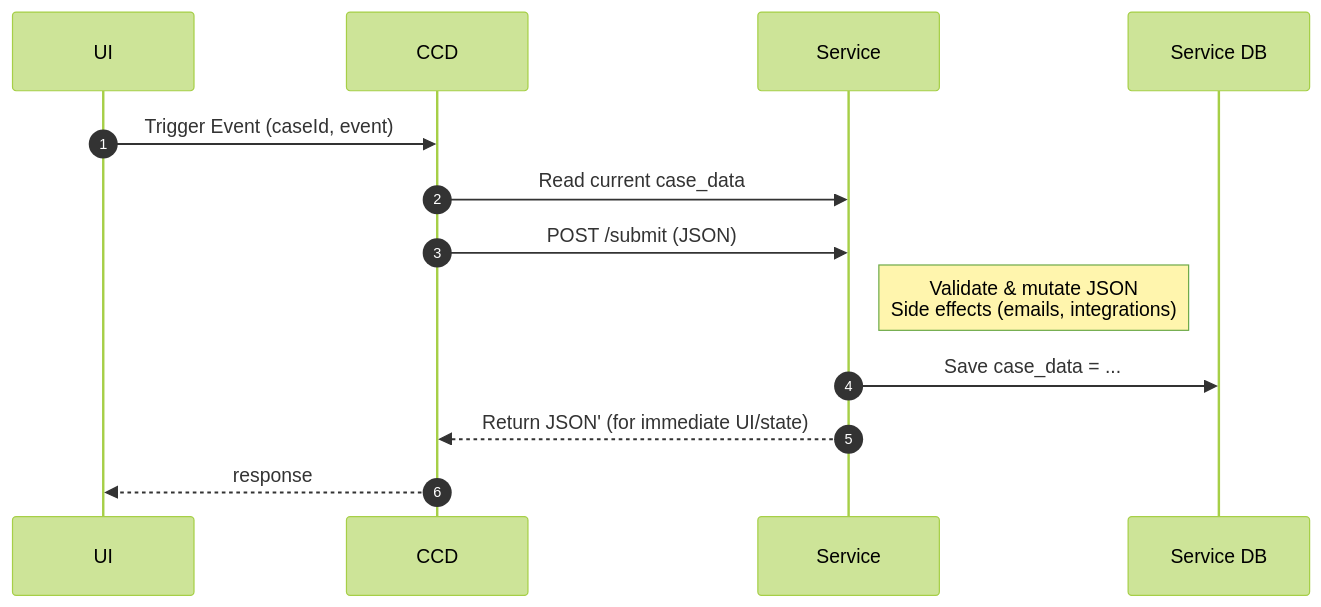
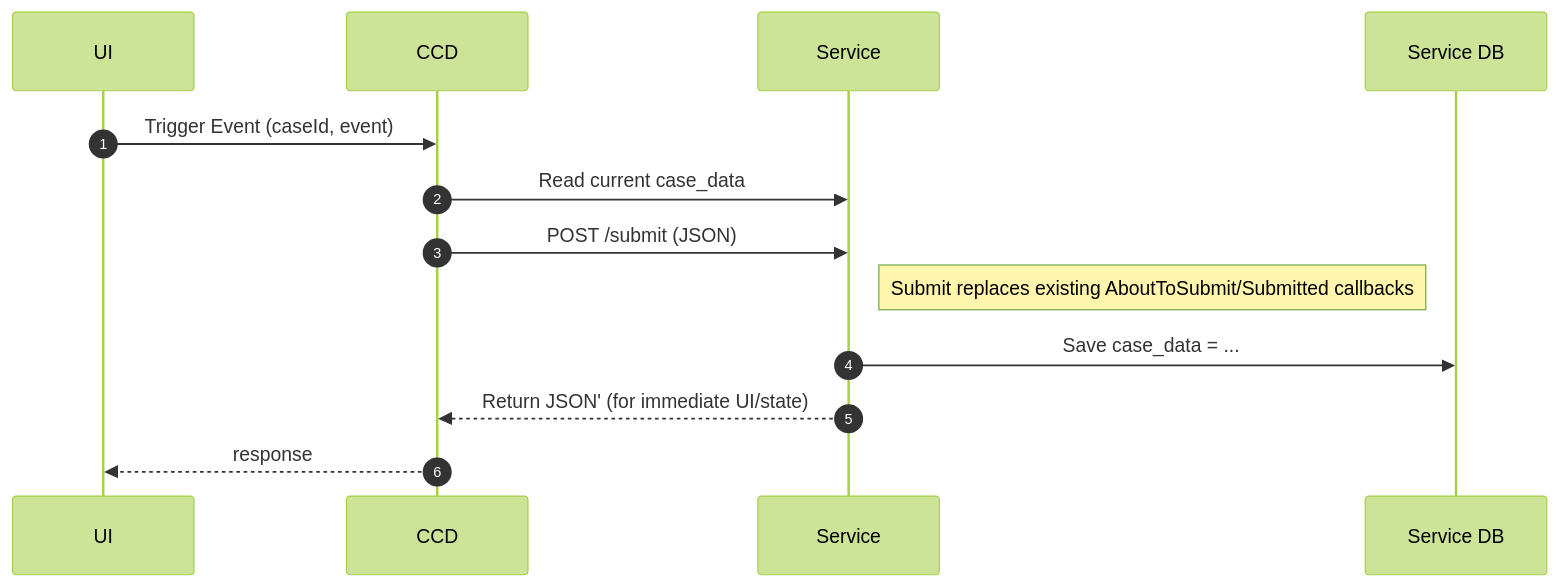
The second of 2 diagrams in docs/introduction.md (hmcts/dtsse-ccd-config-generator), drawn with Mermaid (forest theme) before and after one commit.

````diff
--- a/docs/introduction.md
+++ b/docs/introduction.md
@@ -35,16 +35,16 @@
 ```mermaid
 sequenceDiagram
 autonumber
 participant UI as UI
 participant CCD
 participant Svc as Service
 participant SDB as Service DB
 
     UI->>CCD: Trigger Event (caseId, event)
     CCD->>Svc: Read current case_data
     CCD->>Svc: POST /submit (JSON)
-    Note right of Svc: Validate & mutate JSON<br/>Side effects (emails, integrations)
+    Note right of Svc: Submit replaces existing AboutToSubmit/Submitted callbacks
     Svc->>SDB: Save case_data = ... 
     Svc-->>CCD: Return JSON' (for immediate UI/state)
     CCD-->>UI: response
 ```
````
